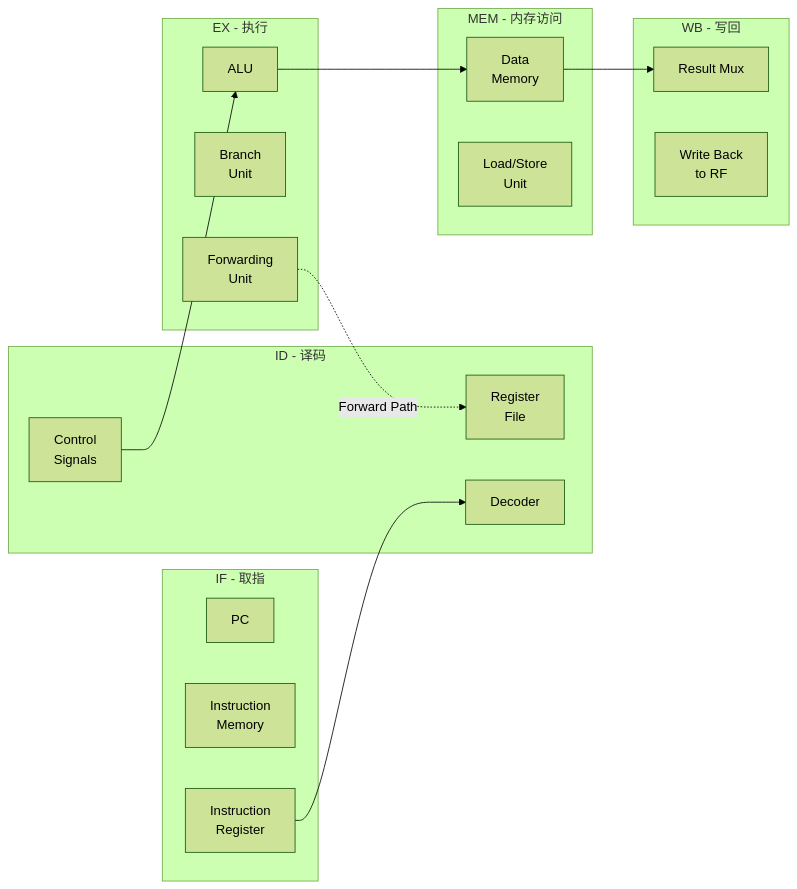
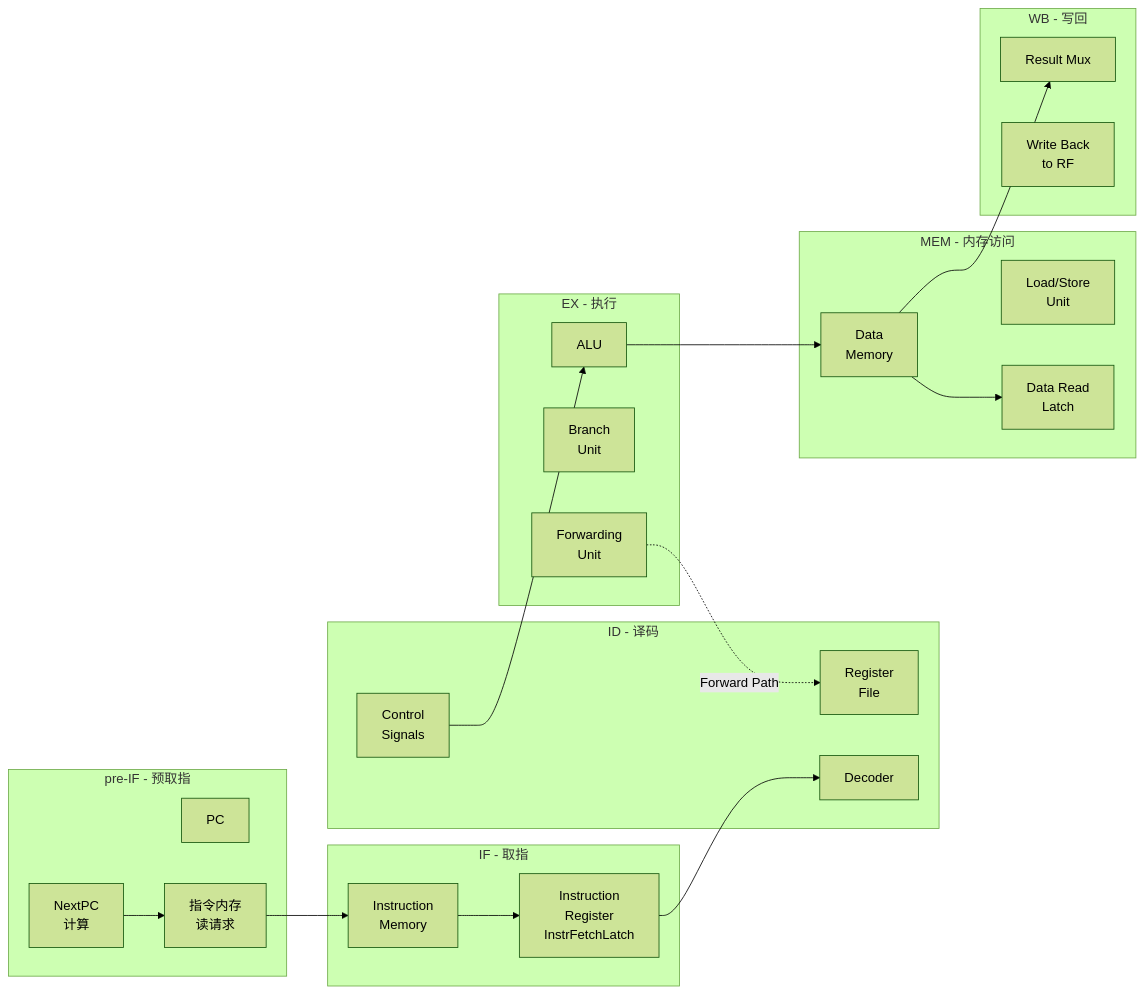
One commit to ZI2104/myCPU changed the second of 18 diagrams in docs/design/ARCHITECTURE.md. Above: the diagram before and after it, drawn with Mermaid (forest theme). The commit also changed other lines of this file and 35 other files, not shown here.

````diff
--- a/docs/design/ARCHITECTURE.md
+++ b/docs/design/ARCHITECTURE.md
@@ -77,37 +77,46 @@
 ```mermaid
 flowchart LR
+    subgraph pre_IF["pre-IF - 预取指"]
+        PC["PC"]
+        NextPC["NextPC<br/>计算"]
+        IMEM_REQ["指令内存<br/>读请求"]
+    end
+
     subgraph IF["IF - 取指"]
-        PC["PC"]
         IMEM["Instruction<br/>Memory"]
-        IR["Instruction<br/>Register"]
+        IR["Instruction<br/>Register<br/>InstrFetchLatch"]
     end
 
     subgraph ID["ID - 译码"]
         DEC["Decoder"]
         RF["Register<br/>File"]
         CTL["Control<br/>Signals"]
     end
 
     subgraph EX["EX - 执行"]
         ALU["ALU"]
         BR["Branch<br/>Unit"]
         FWD["Forwarding<br/>Unit"]
     end
 
     subgraph MEM["MEM - 内存访问"]
         DMEM["Data<br/>Memory"]
         LS["Load/Store<br/>Unit"]
+        DL["Data Read<br/>Latch"]
     end
 
     subgraph WB["WB - 写回"]
         MUX["Result Mux"]
         WR["Write Back<br/>to RF"]
     end
 
+    NextPC --> IMEM_REQ
+    IMEM_REQ --> IMEM
+    IMEM --> IR
     IR --> DEC
     CTL --> ALU
     ALU --> DMEM
     DMEM --> MUX
-
+    DMEM --> DL
     FWD -.->|Forward Path| RF
 ```
````
